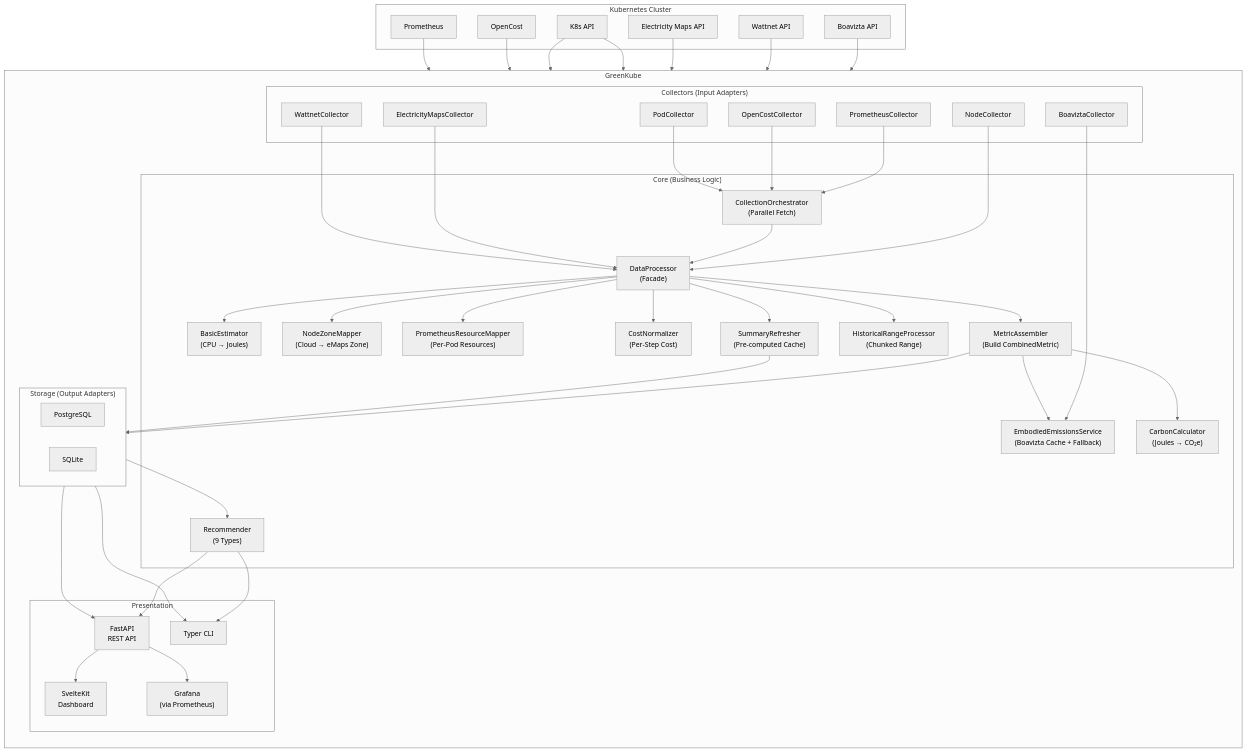
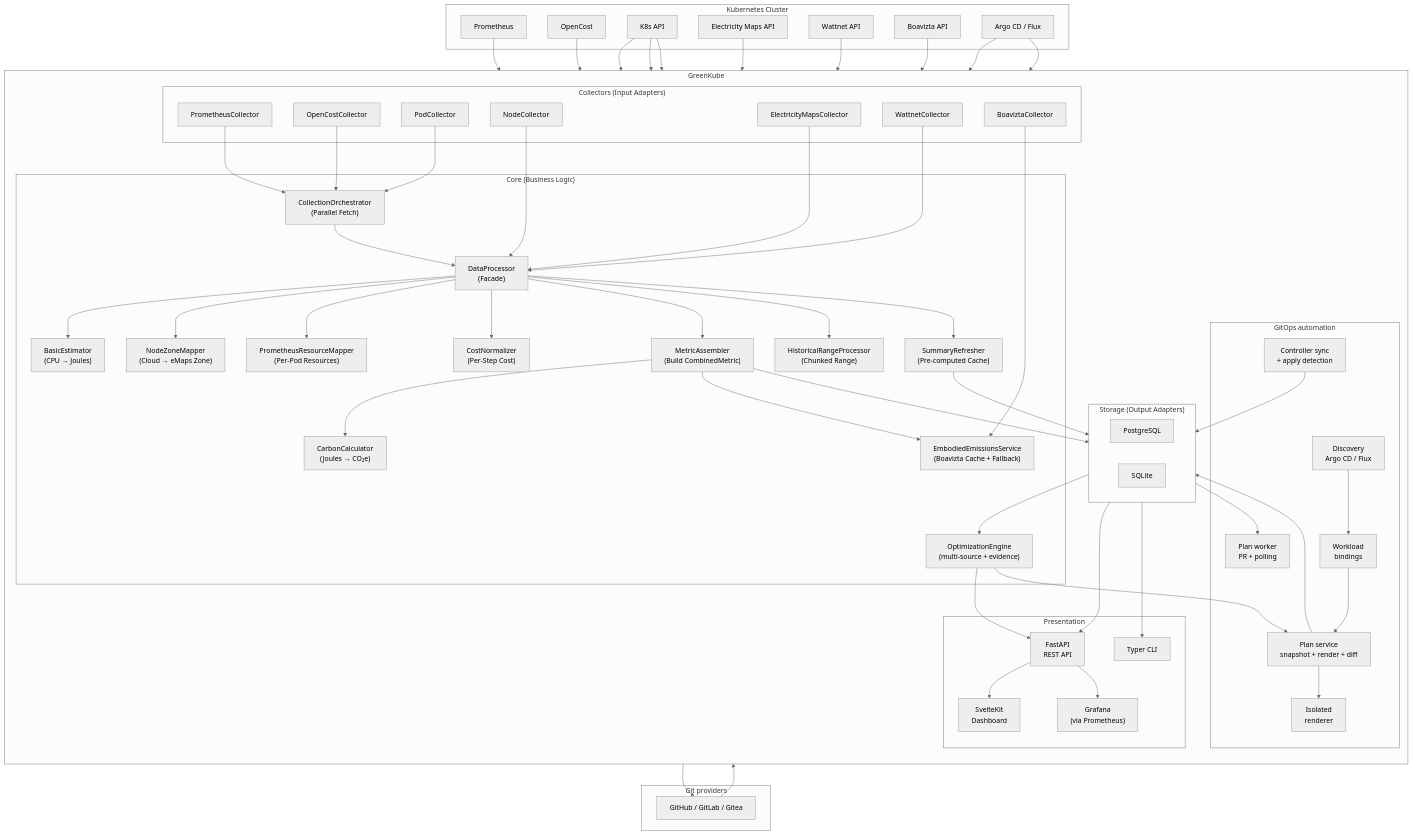
One commit to GreenKubeCloud/GreenKube changed the diagram in docs/architecture.md. Above: the diagram before and after it, drawn with Mermaid (neutral theme). The commit also changed other lines of this file and 26 other files, not shown here.

Commit message:
chore: publish helm chart v0.3.1

````diff
--- a/docs/architecture.md
+++ b/docs/architecture.md
@@ -13,6 +13,11 @@
         EM["Electricity Maps API"]
         WN["Wattnet API"]
         Boavizta["Boavizta API"]
+        GITOPS["Argo CD / Flux"]
+    end
+
+    subgraph External["Git providers"]
+        GIT["GitHub / GitLab / Gitea"]
     end
 
     subgraph GreenKube["GreenKube"]
@@ -39,12 +44,21 @@
             ESvc["EmbodiedEmissionsService<br/>(Boavizta Cache + Fallback)"]
             SR["SummaryRefresher<br/>(Pre-computed Cache)"]
             HRP["HistoricalRangeProcessor<br/>(Chunked Range)"]
-            Rec["Recommender<br/>(9 Types)"]
+            Rec["OptimizationEngine<br/>(multi-source + evidence)"]
         end
 
         subgraph Storage["Storage (Output Adapters)"]
             PG["PostgreSQL"]
             SQLite["SQLite"]
+        end
+
+        subgraph Automation["GitOps automation"]
+            Disc["Discovery<br/>Argo CD / Flux"]
+            Bind["Workload<br/>bindings"]
+            PlanSvc["Plan service<br/>snapshot + render + diff"]
+            Renderer["Isolated<br/>renderer"]
+            Worker["Plan worker<br/>PR + polling"]
+            Sync["Controller sync<br/>+ apply detection"]
         end
 
         subgraph Presentation["Presentation"]
@@ -92,5 +106,16 @@
     API --> Grafana
     Storage --> Rec
     Rec --> API
-    Rec --> CLI
+    K8sAPI --> Disc
+    GITOPS --> Disc
+    Disc --> Bind
+    Bind --> PlanSvc
+    PlanSvc --> Renderer
+    PlanSvc --> Storage
+    Worker --> GIT
+    GIT --> Sync
+    GITOPS --> Sync
+    Sync --> Storage
+    Storage --> Worker
+    Rec --> PlanSvc
 ```
````
